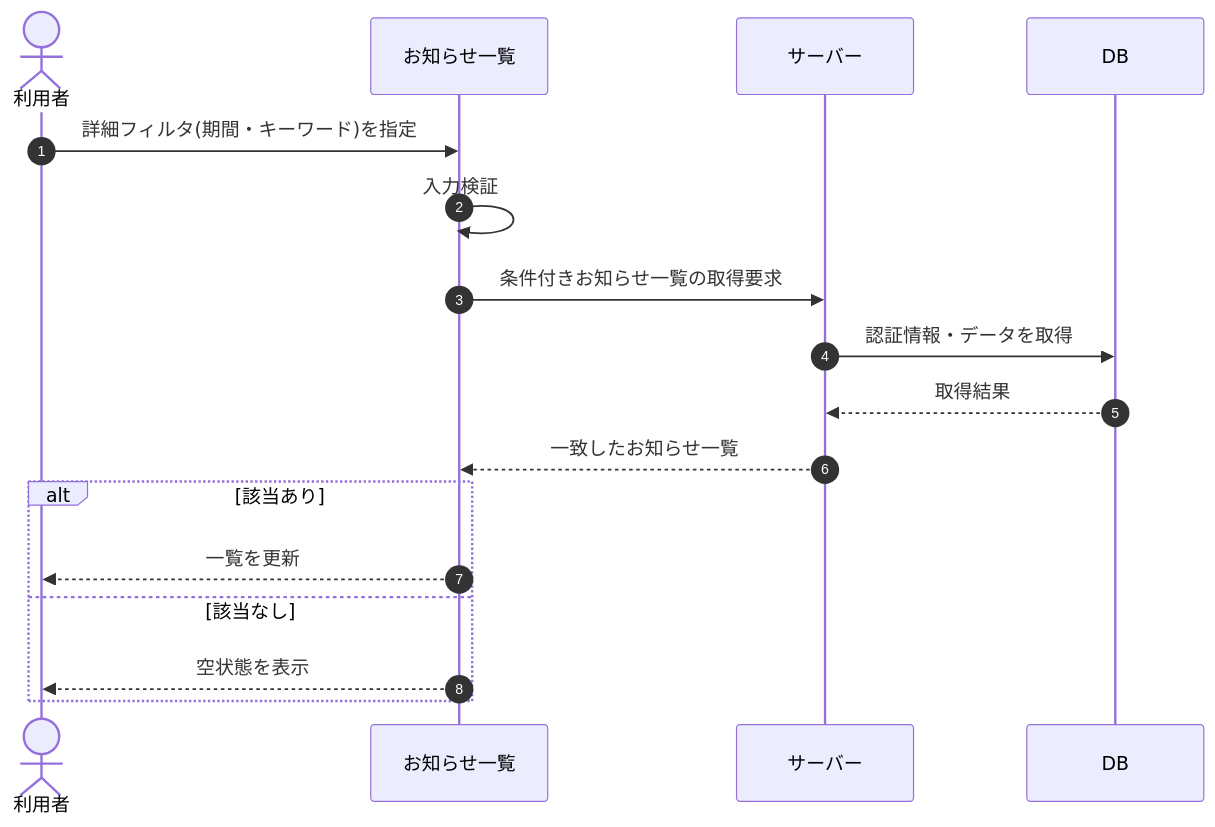
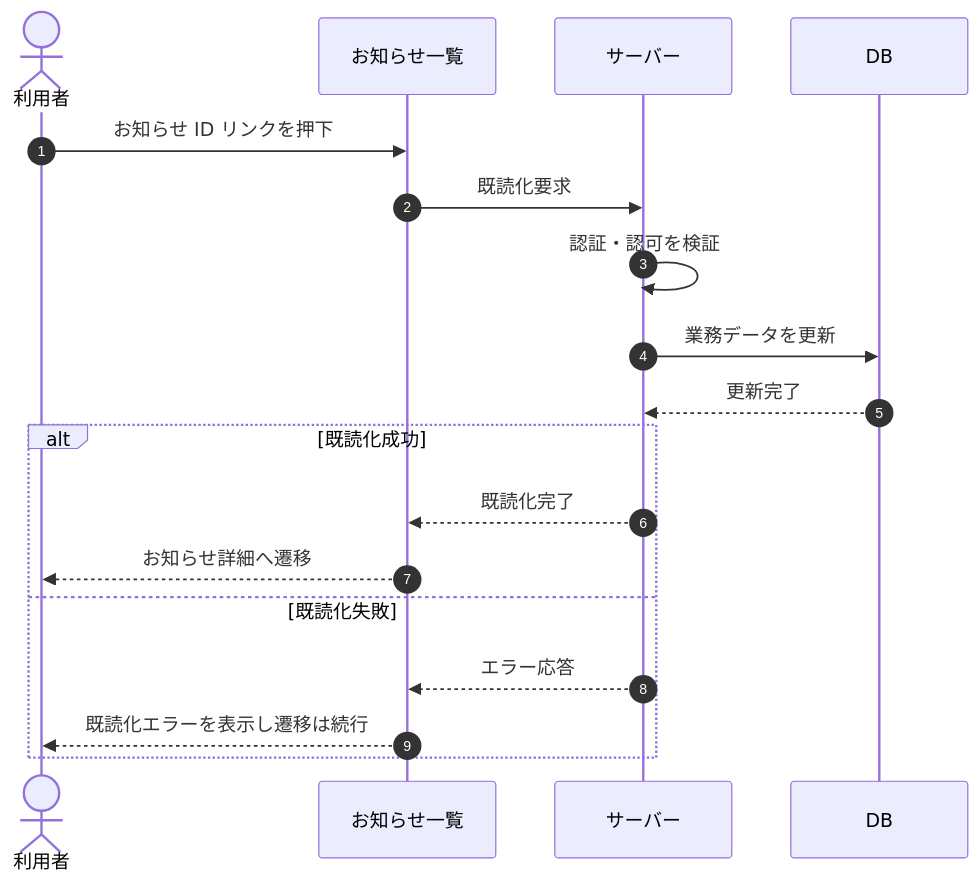
One commit to sikakou54/open-faq changed the diagram in 02_basic_design/03_sequences/SEQ-057.md. Above: the diagram before and after it, drawn with Mermaid. The commit also changed other lines of this file and 395 other files, not shown here.

````diff
--- a/02_basic_design/03_sequences/SEQ-057.md
+++ b/02_basic_design/03_sequences/SEQ-057.md
@@ -25,19 +25,20 @@
 ```mermaid
 sequenceDiagram
   autonumber
   actor U as 利用者
   participant Screen as お知らせ一覧
   participant Server as サーバー
   participant DB as DB
-  U->>Screen: 詳細フィルタ(期間・キーワード)を指定
-  Screen->>Screen: 入力検証
-  Screen->>Server: 条件付きお知らせ一覧の取得要求
-  Server->>DB: 認証情報・データを取得
-  DB-->>Server: 取得結果
-  Server-->>Screen: 一致したお知らせ一覧
-  alt 該当あり
-    Screen-->>U: 一覧を更新
-  else 該当なし
-    Screen-->>U: 空状態を表示
+  U->>Screen: お知らせ ID リンクを押下
+  Screen->>Server: 既読化要求
+  Server->>Server: 認証・認可を検証
+  Server->>DB: 業務データを更新
+  DB-->>Server: 更新完了
+  alt 既読化成功
+    Server-->>Screen: 既読化完了
+    Screen-->>U: お知らせ詳細へ遷移
+  else 既読化失敗
+    Server-->>Screen: エラー応答
+    Screen-->>U: 既読化エラーを表示し遷移は続行
   end
 ```
````
